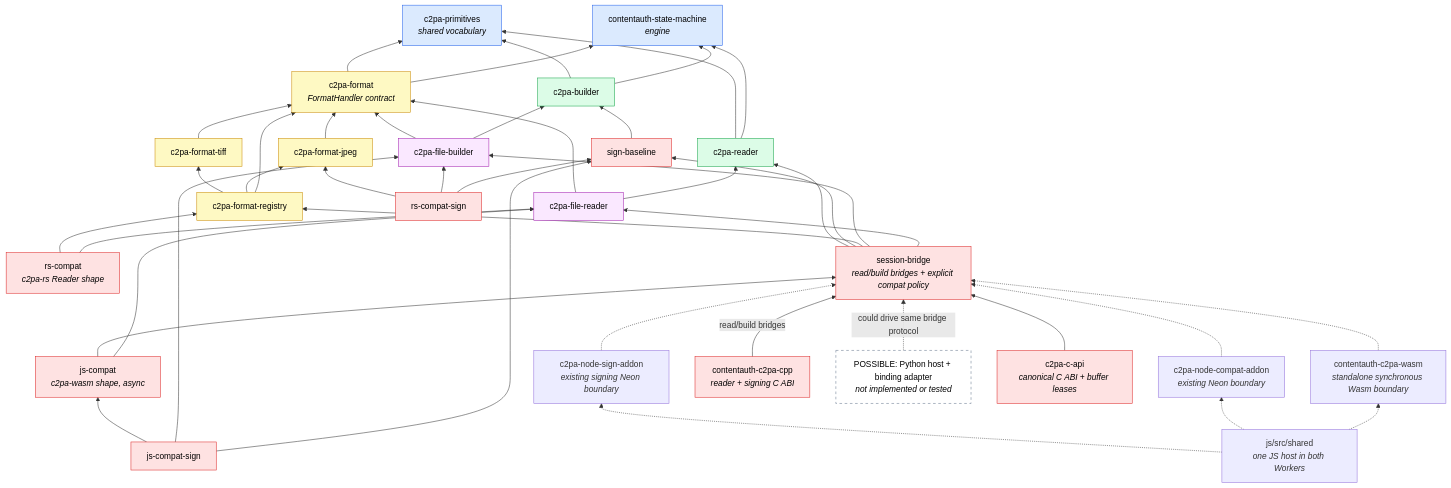
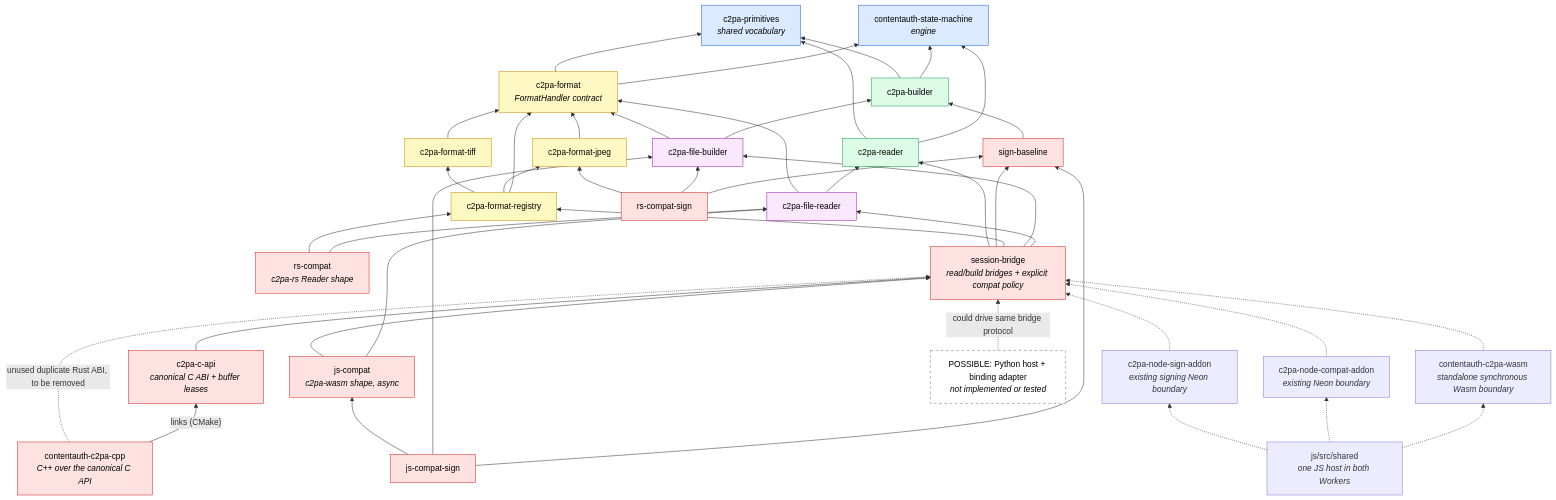
One commit to scouten/state-machine-experiment changed the first of 2 diagrams in docs/walkthrough/02-architecture.md. Above: the diagram before and after it, drawn with Mermaid. The commit also changed other lines of this file and 12 other files, not shown here.

First line of the commit message:
Route C++ binding to the canonical C API

````diff
--- a/docs/walkthrough/02-architecture.md
+++ b/docs/walkthrough/02-architecture.md
@@ -14,66 +14,67 @@
 ```mermaid
 flowchart BT
     SM["contentauth-state-machine<br/><i>engine</i>"]
     PR["c2pa-primitives<br/><i>shared vocabulary</i>"]
 
     RD["c2pa-reader"]
     BD["c2pa-builder"]
     FM["c2pa-format<br/><i>FormatHandler contract</i>"]
 
     JP["c2pa-format-jpeg"]
     TF["c2pa-format-tiff"]
     RG["c2pa-format-registry"]
 
     FR["c2pa-file-reader"]
     FB["c2pa-file-builder"]
 
     RSC["rs-compat<br/><i>c2pa-rs Reader shape</i>"]
     JSC["js-compat<br/><i>c2pa-wasm shape, async</i>"]
     BR["session-bridge<br/><i>read/build bridges + explicit compat policy</i>"]
 
     SB["sign-baseline"]
     RSS["rs-compat-sign"]
     JSS["js-compat-sign"]
     HOST["js/src/shared<br/><i>one JS host in both Workers</i>"]
     PW["contentauth-c2pa-wasm<br/><i>standalone synchronous Wasm boundary</i>"]
     PN["c2pa-node-compat-addon<br/><i>existing Neon boundary</i>"]
     PNS["c2pa-node-sign-addon<br/><i>existing signing Neon boundary</i>"]
-    CPP["contentauth-c2pa-cpp<br/><i>reader + signing C ABI</i>"]
+    CPP["contentauth-c2pa-cpp<br/><i>C++ over the canonical C API</i>"]
     PY["POSSIBLE: Python host + binding adapter<br/><i>not implemented or tested</i>"]
     CAPI["c2pa-c-api<br/><i>canonical C ABI + buffer leases</i>"]
 
     RD --> SM & PR
     BD --> SM & PR
     FM --> SM & PR
     JP --> FM
     TF --> FM
     RG --> FM & JP & TF
     FR --> RD & FM
     FB --> BD & FM
     RSC --> FR & RG
     JSC --> FR & BR
     BR --> FR & FB & RG & SB & RD
     SB --> BD
     RSS --> SB & FB & JP
     JSS --> SB & FB & JSC
     HOST -.-> PW & PN & PNS
     PW -.-> BR
     PN -.-> BR
     PNS -.-> BR
-    CPP -->|"read/build bridges"| BR
+    CPP -->|"links (CMake)"| CAPI
+    CPP -.->|"unused duplicate Rust ABI, to be removed"| BR
     PY -.->|"could drive same bridge protocol"| BR
     CAPI --> BR
 
     classDef engine fill:#dbeafe,stroke:#2563eb,color:#000
     classDef core fill:#dcfce7,stroke:#16a34a,color:#000
     classDef fmt fill:#fef9c3,stroke:#ca8a04,color:#000
     classDef glue fill:#fae8ff,stroke:#a21caf,color:#000
     classDef bind fill:#fee2e2,stroke:#dc2626,color:#000
     classDef proposed fill:#fff,stroke:#64748b,stroke-dasharray:5 5,color:#000
     class SM,PR engine
     class RD,BD core
     class FM,JP,TF,RG fmt
     class FR,FB glue
     class RSC,JSC,BR,CPP,SB,RSS,JSS,CAPI bind
     class PY proposed
 ```
````
